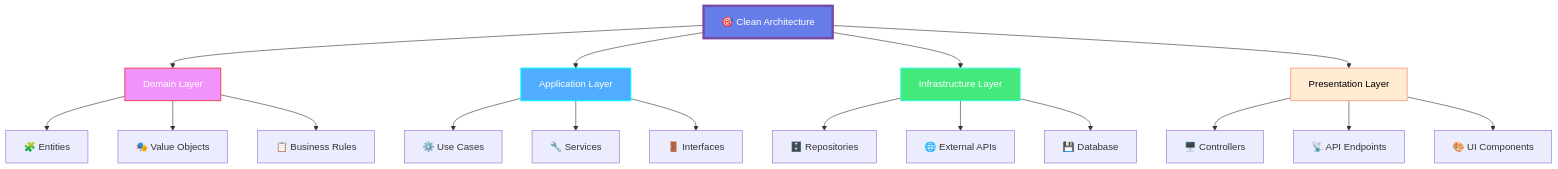
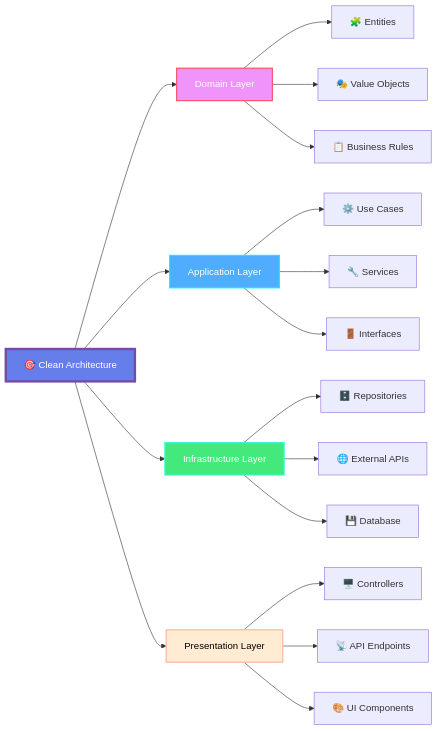
One commit to firdavs244/firdavs244 changed the third of 4 diagrams in README.md. Above: the diagram before and after it, drawn with Mermaid.

````diff
--- a/README.md
+++ b/README.md
@@ -263,29 +263,29 @@
 ```mermaid
-graph TD
+graph LR
     A[🎯 Clean Architecture] --> B[Domain Layer]
     A --> C[Application Layer] 
     A --> D[Infrastructure Layer]
     A --> E[Presentation Layer]
     
     B --> B1[🧩 Entities]
     B --> B2[🎭 Value Objects]
     B --> B3[📋 Business Rules]
     
     C --> C1[⚙️ Use Cases]
     C --> C2[🔧 Services]
     C --> C3[🚪 Interfaces]
     
     D --> D1[🗄️ Repositories]
     D --> D2[🌐 External APIs]
     D --> D3[💾 Database]
     
     E --> E1[🖥️ Controllers]
     E --> E2[📡 API Endpoints]
     E --> E3[🎨 UI Components]
     
     style A fill:#667eea,stroke:#764ba2,stroke-width:4px,color:#fff
     style B fill:#f093fb,stroke:#f5576c,stroke-width:2px,color:#fff
     style C fill:#4facfe,stroke:#00f2fe,stroke-width:2px,color:#fff
     style D fill:#43e97b,stroke:#38f9d7,stroke-width:2px,color:#fff
     style E fill:#ffecd2,stroke:#fcb69f,stroke-width:2px,color:#000
 ```
````
